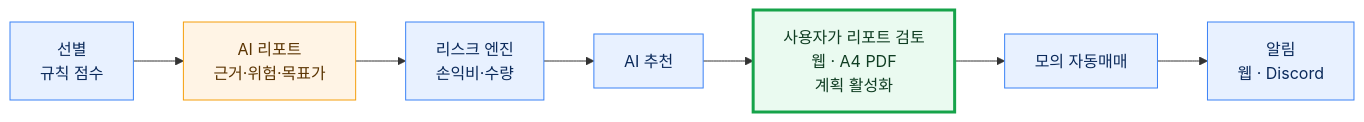
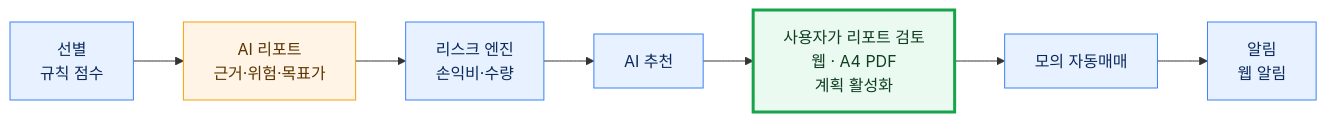
Before and after one commit to encore-ai-campus/AIO-01-P3-TEAM1: the first of 6 diagrams in README.md, drawn with Mermaid. The commit also changed other lines of this file and 20 other files, not shown here.

````diff
--- a/README.md
+++ b/README.md
@@ -23,11 +23,11 @@
 ```mermaid
 flowchart LR
     classDef code fill:#e8f1ff,stroke:#3b82f6,color:#0b2a5b
     classDef ai fill:#fff4e5,stroke:#f59e0b,color:#5a3300
     classDef decide fill:#eafaf0,stroke:#16a34a,stroke-width:3px,color:#0f3d22
 
     S["선별<br/>규칙 점수"]:::code --> R["AI 리포트<br/>근거·위험·목표가"]:::ai
     R --> K["리스크 엔진<br/>손익비·수량"]:::code --> REC["AI 추천"]:::code
     REC --> U["사용자가 리포트 검토<br/>웹 · A4 PDF<br/>계획 활성화"]:::decide
-    U --> T["모의 자동매매"]:::code --> N["알림<br/>웹 · Discord"]:::code
+    U --> T["모의 자동매매"]:::code --> N["알림<br/>웹 알림"]:::code
 ```
````
